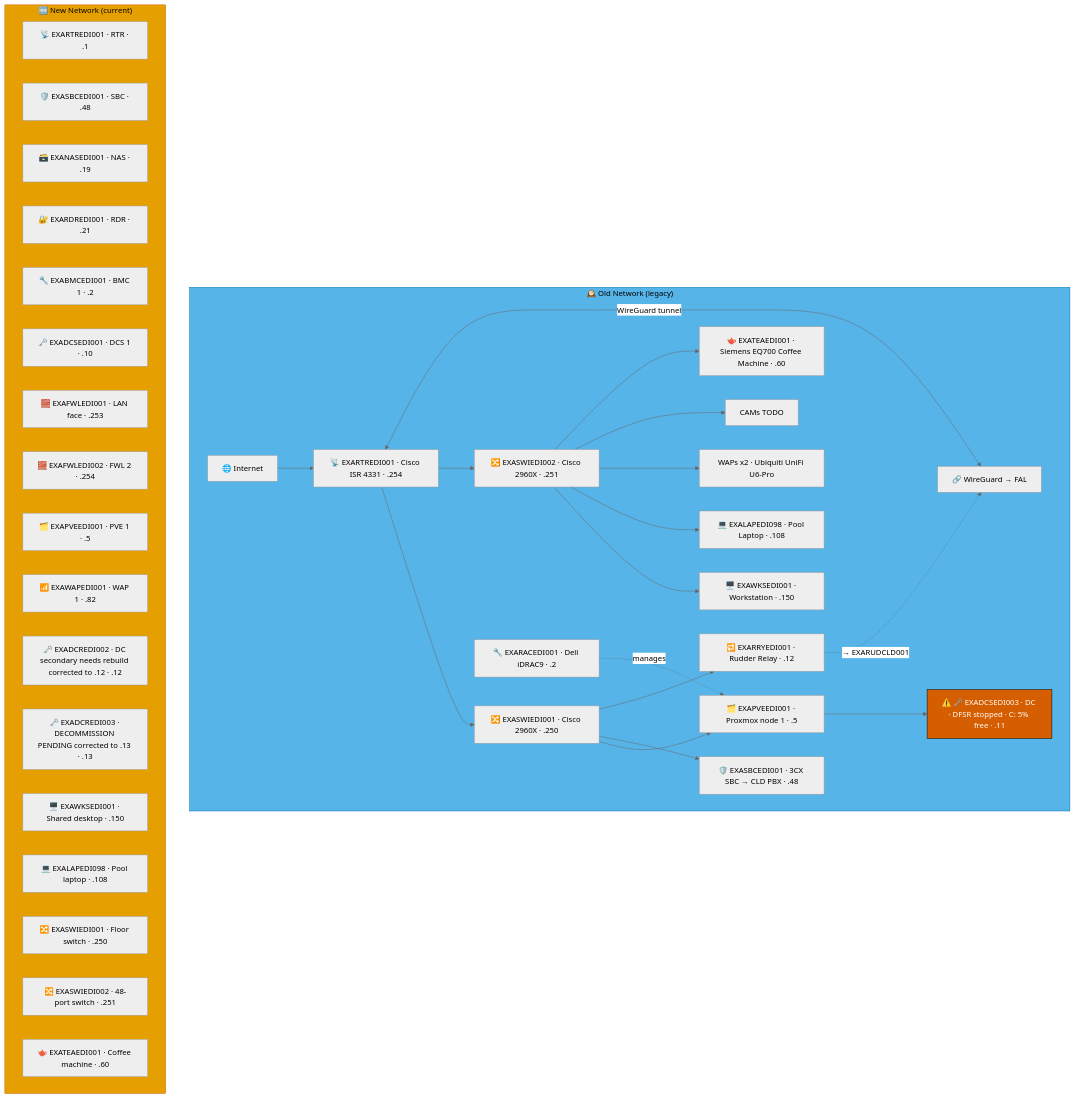
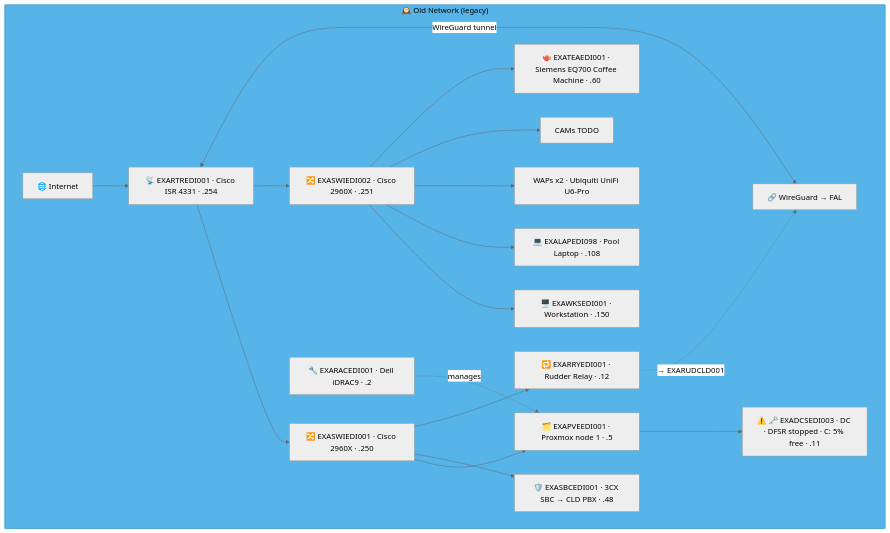
One commit to knightmare2600/example_music_infra changed the third of 14 diagrams in docs/network-diagram/scotland.md. Above: the diagram before and after it, drawn with Mermaid (neutral theme). The commit also changed other lines of this file and 35 other files, not shown here.

````diff
--- a/docs/network-diagram/scotland.md
+++ b/docs/network-diagram/scotland.md
@@ -178,55 +162,31 @@
 ```mermaid
 graph TD
     subgraph OLD_EDI ["🕰️ Old Network (legacy)"]
       INET["🌐 Internet"]
       RTR["📡 EXARTREDI001 · Cisco ISR 4331 · .254"]
       SW1["🔀 EXASWIEDI001 · Cisco 2960X · .250"]
       SW2["🔀 EXASWIEDI002 · Cisco 2960X · .251"]
       RAC["🔧 EXARACEDI001 · Dell iDRAC9 · .2"]
       PVE["🗂️ EXAPVEEDI001 · Proxmox node 1 · .5"]
       DC["⚠️ 🗝️ EXADCSEDI003 · DC · DFSR stopped · C: 5% free · .11"]
       SBC["🛡️ EXASBCEDI001 · 3CX SBC → CLD PBX · .48"]
       RRY["🔁 EXARRYEDI001 · Rudder Relay · .12"]
       WKS["🖥️ EXAWKSEDI001 · Workstation · .150"]
       LAP["💻 EXALAPEDI098 · Pool Laptop · .108"]
       WAP["WAPs x2 · Ubiquiti UniFi U6-Pro"]
       CAM["CAMs TODO"]
       COF["🫖 EXATEAEDI001 · Siemens EQ700 Coffee Machine · .60"]
       VPN["🔗 WireGuard → FAL"]
 
       INET --> RTR --> SW1 & SW2
       SW1 --> PVE --> DC
       SW1 --> SBC
       RAC -.->|"manages"| PVE
       SW2 --> WKS & LAP & WAP & CAM & COF
       RTR <-->|"WireGuard tunnel"| VPN
 
       SW1 --> RRY
       RRY -. "→ EXARUDCLD001" .-> VPN
     end
     style OLD_EDI fill:#56B4E9,stroke:#0072B2,color:#000000
-    %% GENERATED:NEW-NETWORK:EDI:START
-    subgraph NEW_EDI ["🆕 New Network (current)"]
-      N_RTR["📡 EXARTREDI001 · RTR · .1"]
-      N_SBC["🛡️ EXASBCEDI001 · SBC · .48"]
-      N_NAS["🗃️ EXANASEDI001 · NAS · .19"]
-      N_RDR["🔐 EXARDREDI001 · RDR · .21"]
-      N_BMC["🔧 EXABMCEDI001 · BMC 1 · .2"]
-      N_DCS["🗝️ EXADCSEDI001 · DCS 1 · .10"]
-      N_FWL["🧱 EXAFWLEDI001 · LAN face · .253"]
-      N_FWL2["🧱 EXAFWLEDI002 · FWL 2 · .254"]
-      N_PVE["🗂️ EXAPVEEDI001 · PVE 1 · .5"]
-      N_WAP["📶 EXAWAPEDI001 · WAP 1 · .82"]
-      N_DCR["🗝️ EXADCREDI002 · DC secondary needs rebuild corrected to .12 · .12"]
-      N_DCR2["🗝️ EXADCREDI003 · DECOMMISSION PENDING corrected to .13 · .13"]
-      N_WKS["🖥️ EXAWKSEDI001 · Shared desktop · .150"]
-      N_LAP["💻 EXALAPEDI098 · Pool laptop · .108"]
-      N_SWI["🔀 EXASWIEDI001 · Floor switch · .250"]
-      N_SWI2["🔀 EXASWIEDI002 · 48-port switch · .251"]
-      N_TEA["🫖 EXATEAEDI001 · Coffee machine · .60"]
-    end
-    style NEW_EDI fill:#E69F00,stroke:#D55E00,color:#000000
-    %% GENERATED:NEW-NETWORK:EDI:END
-    classDef warn fill:#D55E00,stroke:#000000,color:#ffffff
-    class DC warn
 ```
````
